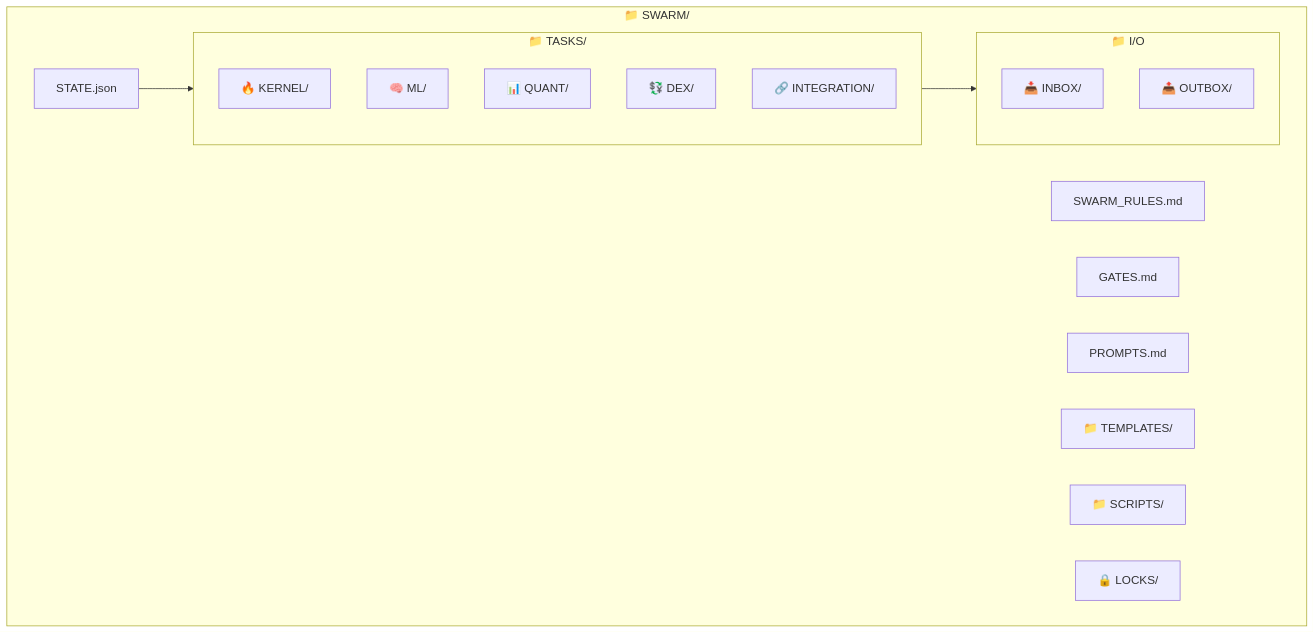
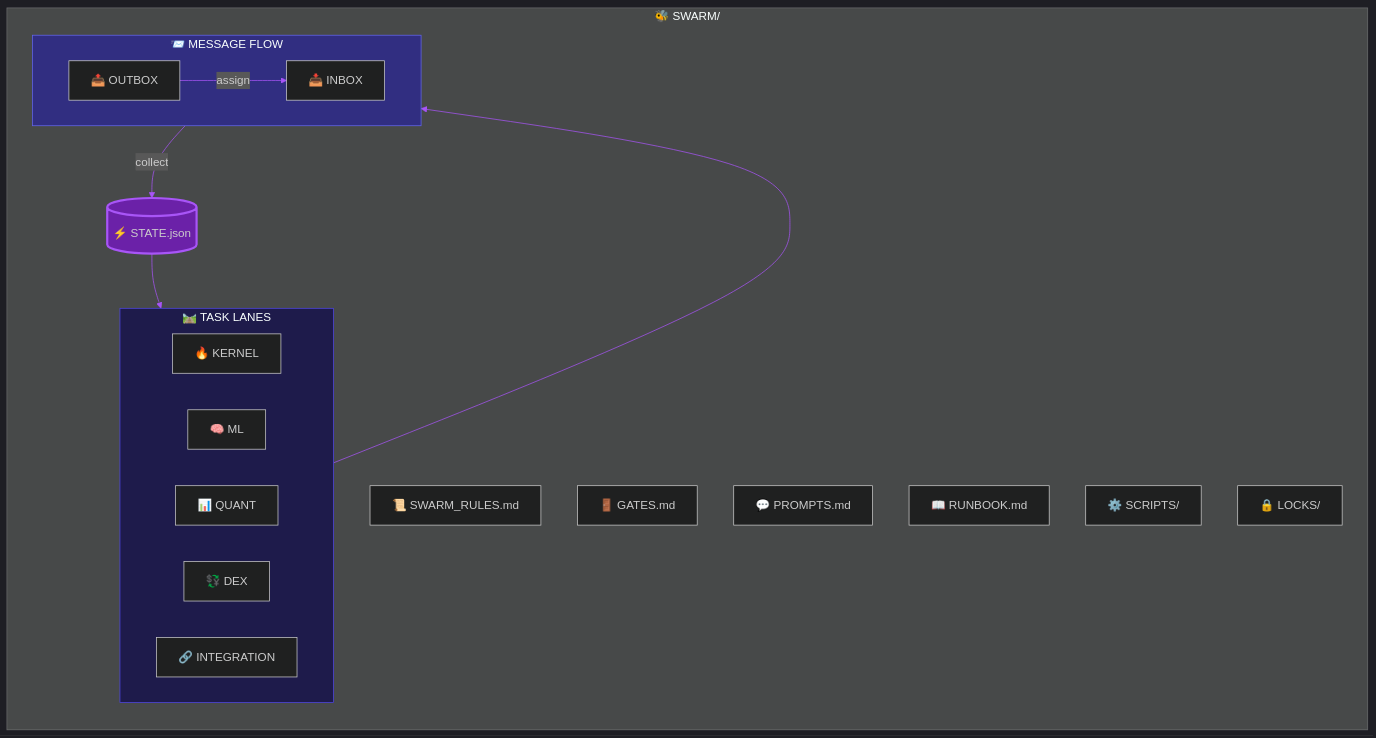
The first of 4 diagrams in README.md (goldbar123467/Zerg-Rush-For-Claude-Code), drawn with Mermaid before and after one commit. The commit also changed other lines of this file, not shown here.

First line of the commit message:
Enhance mermaid diagrams with dark theme and styling

````diff
--- a/README.md
+++ b/README.md
@@ -111,29 +111,39 @@
 ```mermaid
-graph TD
-    subgraph SWARM["📁 SWARM/"]
-        STATE["STATE.json"]
-        RULES["SWARM_RULES.md"]
-        GATES["GATES.md"]
-        PROMPTS["PROMPTS.md"]
+%%{init: {'theme': 'dark', 'themeVariables': { 'primaryColor': '#6b21a8', 'primaryTextColor': '#fff', 'primaryBorderColor': '#9333ea', 'lineColor': '#a855f7', 'secondaryColor': '#1e1b4b', 'tertiaryColor': '#312e81'}}}%%
+flowchart TD
+    subgraph SWARM["🐝 SWARM/"]
+        direction TB
+        STATE[("⚡ STATE.json")]
+        RULES["📜 SWARM_RULES.md"]
+        GATES["🚪 GATES.md"]
+        PROMPTS["💬 PROMPTS.md"]
+        RUNBOOK["📖 RUNBOOK.md"]
 
-        subgraph TASKS["📁 TASKS/"]
-            KERNEL["🔥 KERNEL/"]
-            ML["🧠 ML/"]
-            QUANT["📊 QUANT/"]
-            DEX["💱 DEX/"]
-            INT["🔗 INTEGRATION/"]
+        subgraph LANES["🛤️ TASK LANES"]
+            direction LR
+            KERNEL["🔥 KERNEL"]
+            ML["🧠 ML"]
+            QUANT["📊 QUANT"]
+            DEX["💱 DEX"]
+            INT["🔗 INTEGRATION"]
         end
 
-        subgraph IO["📁 I/O"]
-            INBOX["📥 INBOX/"]
-            OUTBOX["📤 OUTBOX/"]
+        subgraph FLOW["📨 MESSAGE FLOW"]
+            direction LR
+            OUTBOX["📤 OUTBOX"]
+            INBOX["📥 INBOX"]
         end
 
-        TEMPLATES["📁 TEMPLATES/"]
-        SCRIPTS["📁 SCRIPTS/"]
+        SCRIPTS["⚙️ SCRIPTS/"]
         LOCKS["🔒 LOCKS/"]
     end
 
-    STATE --> TASKS
-    TASKS --> IO
+    STATE --> LANES
+    LANES --> FLOW
+    OUTBOX -->|"assign"| INBOX
+    INBOX -->|"collect"| STATE
+
+    style STATE fill:#6b21a8,stroke:#a855f7,stroke-width:3px
+    style LANES fill:#1e1b4b,stroke:#4f46e5
+    style FLOW fill:#312e81,stroke:#6366f1
 ```
````
